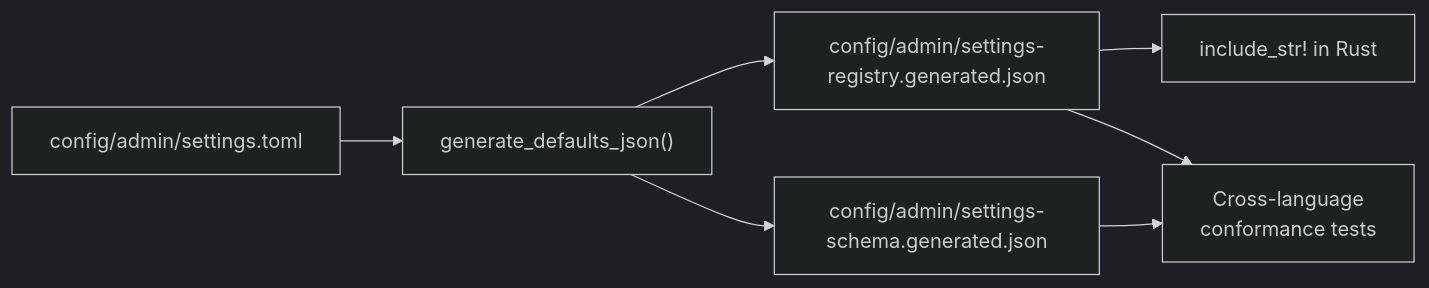
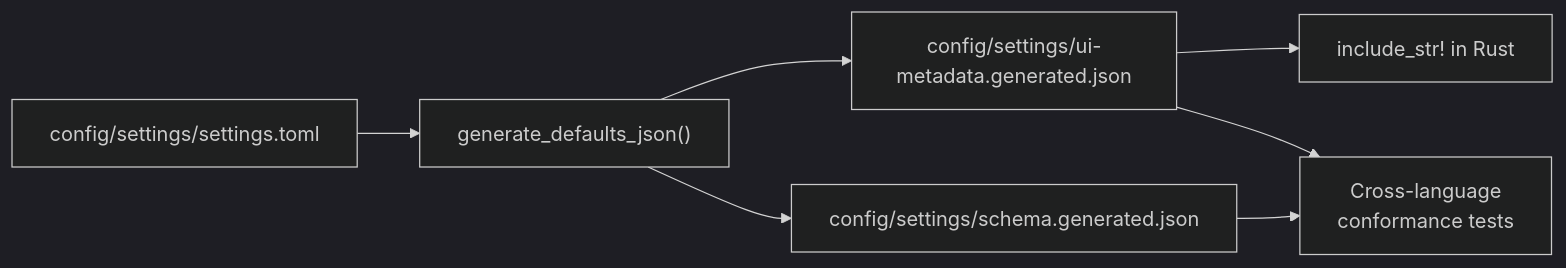
Before and after one commit to google/capsem: the fifth of 5 diagrams in docs/src/content/docs/architecture/build-system.md, drawn with Mermaid (dark theme). The commit also changed other lines of this file and 58 other files, not shown here.

````diff
--- a/docs/src/content/docs/architecture/build-system.md
+++ b/docs/src/content/docs/architecture/build-system.md
@@ -371,9 +371,9 @@
 ```mermaid
 flowchart LR
-  TOML["config/admin/settings.toml"] --> Py["generate_defaults_json()"]
-  Py --> DJ["config/admin/settings-registry.generated.json"]
+  TOML["config/settings/settings.toml"] --> Py["generate_defaults_json()"]
+  Py --> DJ["config/settings/ui-metadata.generated.json"]
   DJ --> Rust["include_str! in Rust"]
-  Py --> Schema["config/admin/settings-schema.generated.json"]
+  Py --> Schema["config/settings/schema.generated.json"]
   Schema --> CV["Cross-language\nconformance tests"]
   DJ --> CV
 ```
````
